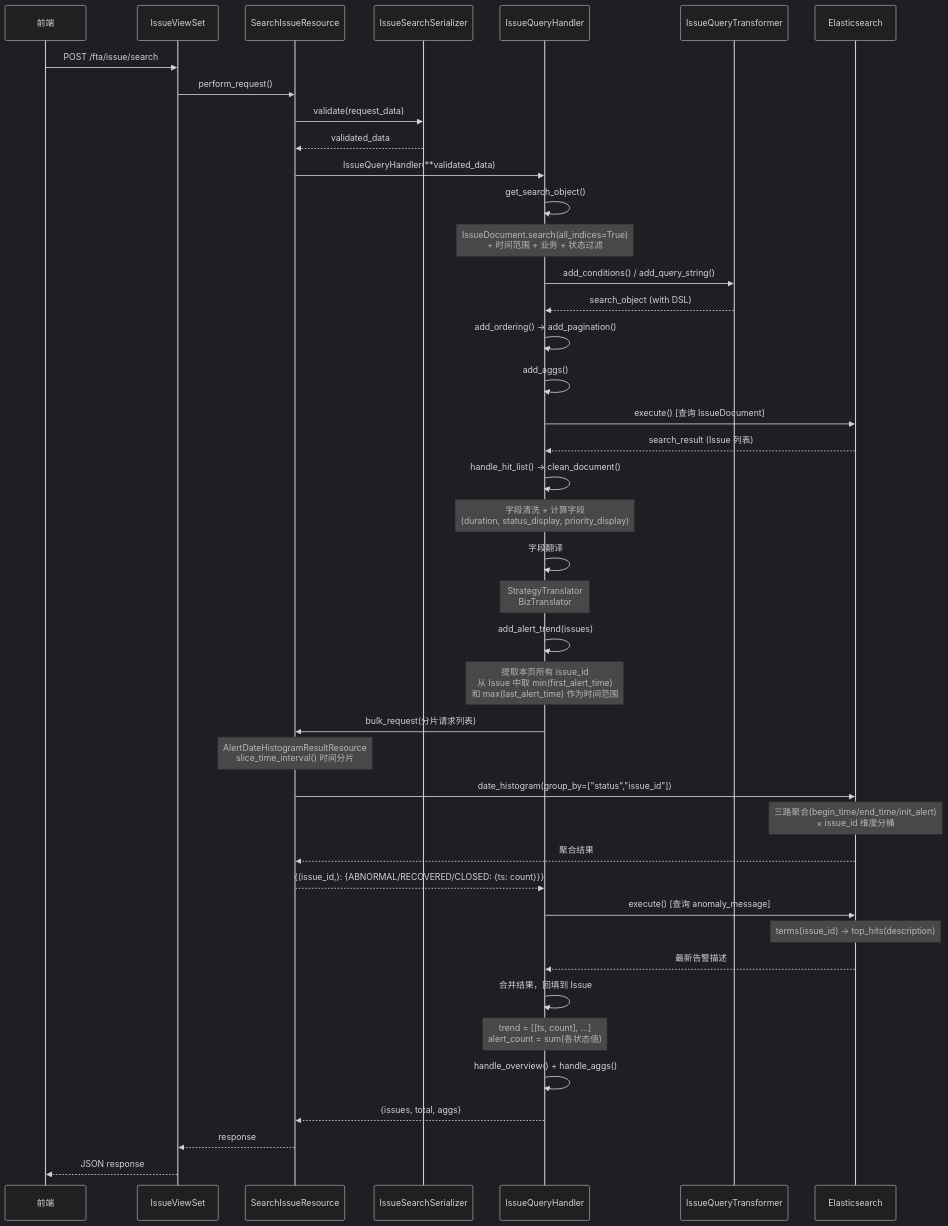
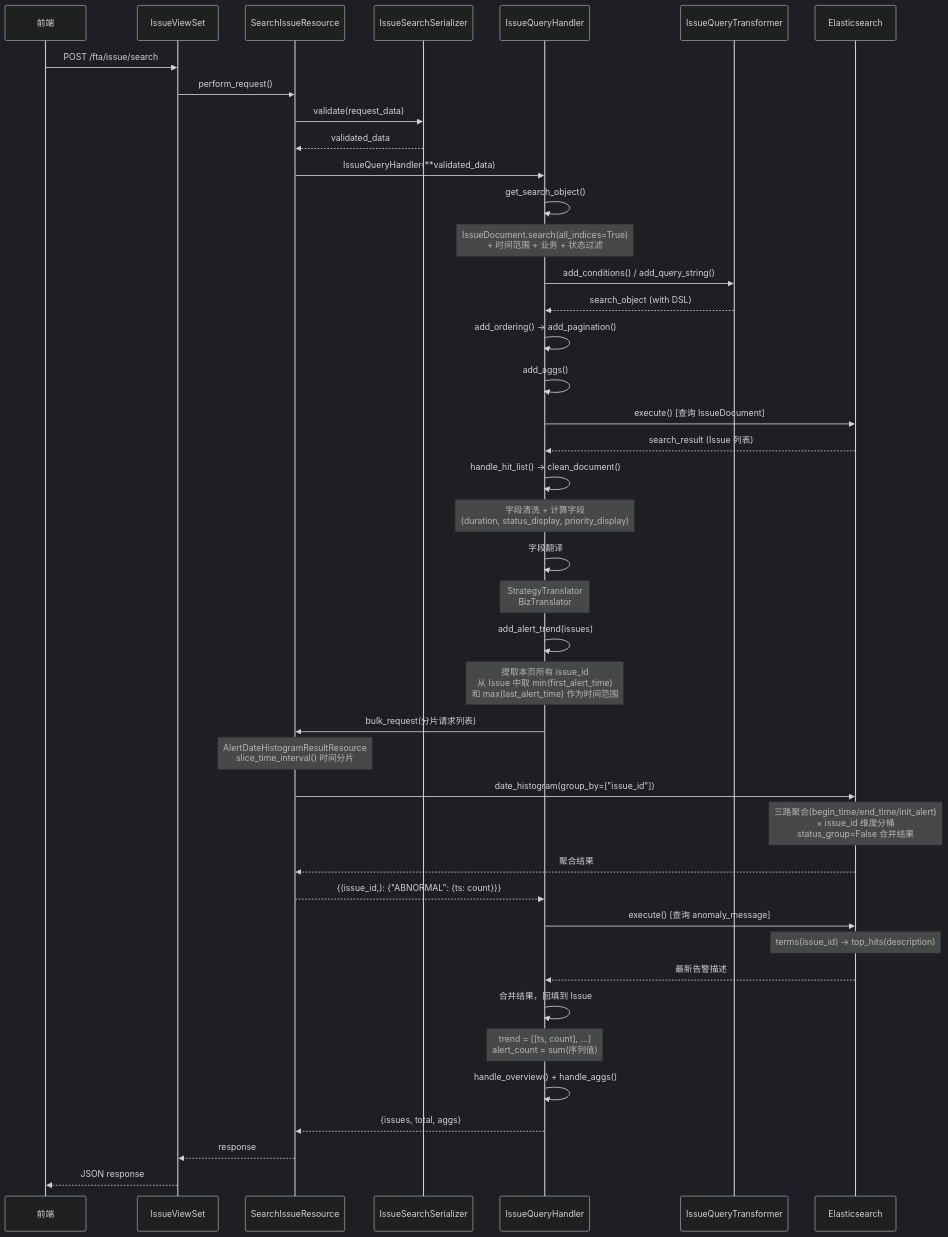
The diagram in bkmonitor/docs/design/design/Issues列表接口设计.md (HACK-WU/bk-monitor), drawn with Mermaid (dark theme) before and after one commit. The commit also changed other lines of this file, not shown here.

````diff
--- a/bkmonitor/docs/design/design/Issues列表接口设计.md
+++ b/bkmonitor/docs/design/design/Issues列表接口设计.md
@@ -939,56 +938,56 @@
 ```mermaid
 sequenceDiagram
     participant FE as 前端
     participant View as IssueViewSet
     participant Res as SearchIssueResource
     participant Ser as IssueSearchSerializer
     participant Handler as IssueQueryHandler
     participant Trans as IssueQueryTransformer
     participant ES as Elasticsearch
 
     FE->>View: POST /fta/issue/search
     View->>Res: perform_request()
     Res->>Ser: validate(request_data)
     Ser-->>Res: validated_data
     Res->>Handler: IssueQueryHandler(**validated_data)
 
     Handler->>Handler: get_search_object()
     Note over Handler: IssueDocument.search(all_indices=True)<br/>+ 时间范围 + 业务 + 状态过滤
 
     Handler->>Trans: add_conditions() / add_query_string()
     Trans-->>Handler: search_object (with DSL)
 
     Handler->>Handler: add_ordering() → add_pagination()
 Handler->>Handler: add_aggs()
 
     Handler->>ES: execute() [查询 IssueDocument]
     ES-->>Handler: search_result (Issue 列表)
 
     Handler->>Handler: handle_hit_list() → clean_document()
     Note over Handler: 字段清洗 + 计算字段<br/>(duration, status_display, priority_display)
 
     Handler->>Handler: 字段翻译
     Note over Handler: StrategyTranslator<br/>BizTranslator
 
     Handler->>Handler: add_alert_trend(issues)
     Note over Handler: 提取本页所有 issue_id<br/>从 Issue 中取 min(first_alert_time)<br/>和 max(last_alert_time) 作为时间范围
 
     Handler->>Res: bulk_request(分片请求列表)
     Note over Res: AlertDateHistogramResultResource<br/>slice_time_interval() 时间分片
-    Res->>ES: date_histogram(group_by=["status","issue_id"])
-    Note over ES: 三路聚合(begin_time/end_time/init_alert)<br/>× issue_id 维度分桶
+    Res->>ES: date_histogram(group_by=["issue_id"])
+    Note over ES: 三路聚合(begin_time/end_time/init_alert)<br/>× issue_id 维度分桶<br/>status_group=False 合并结果
     ES-->>Res: 聚合结果
-    Res-->>Handler: {(issue_id,): {ABNORMAL/RECOVERED/CLOSED: {ts: count}}}
+    Res-->>Handler: {(issue_id,): {"ABNORMAL": {ts: count}}}
 
     Handler->>ES: execute() [查询 anomaly_message]
     Note over ES: terms(issue_id) → top_hits(description)
     ES-->>Handler: 最新告警描述
 
     Handler->>Handler: 合并结果，回填到 Issue
-    Note over Handler: trend = [[ts, count], ...]<br/>alert_count = sum(各状态值)
+    Note over Handler: trend = [[ts, count], ...]<br/>alert_count = sum(序列值)
 
     Handler->>Handler: handle_overview() + handle_aggs()
 Handler-->>Res: {issues, total, aggs}
     Res-->>View: response
     View-->>FE: JSON response
 ```
````
